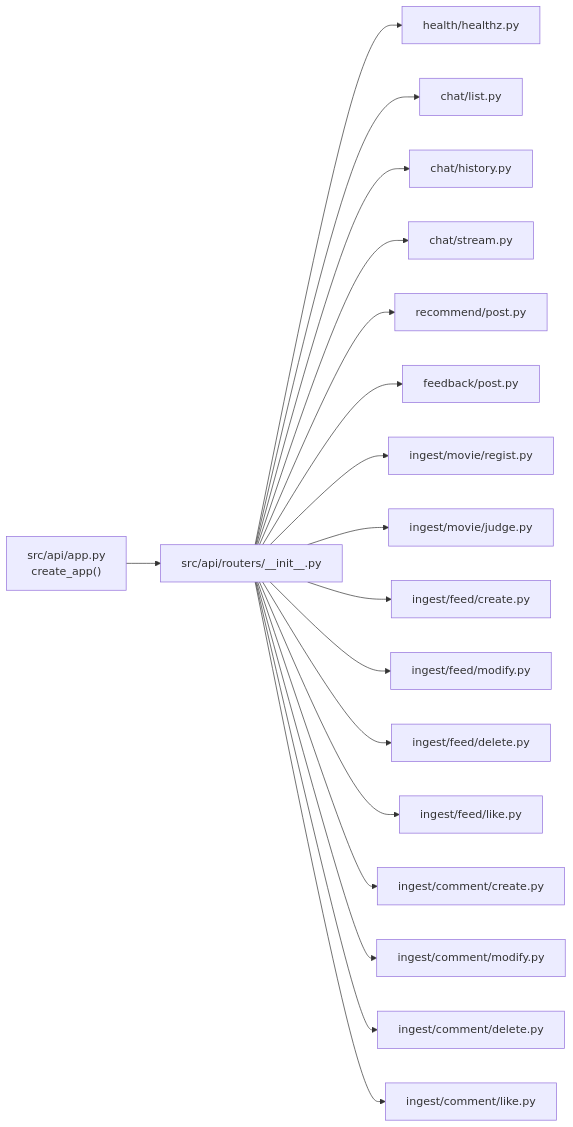
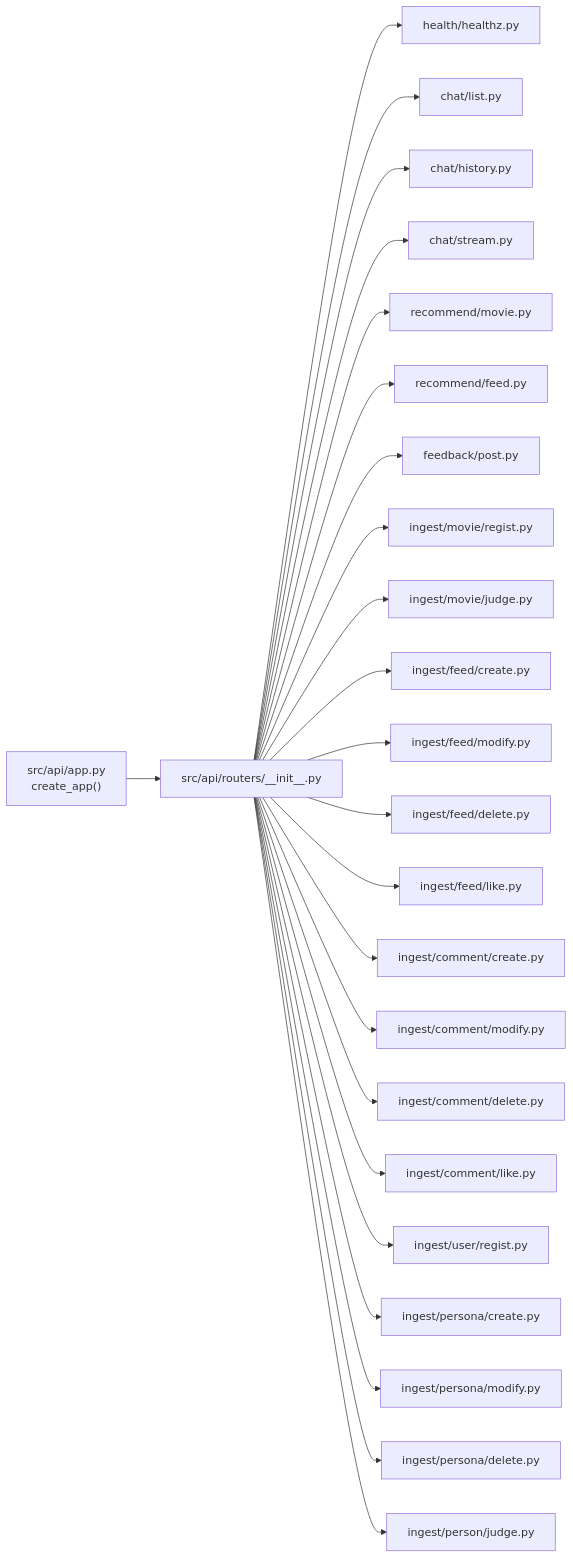
One commit to kakao4-KAKAMU/KAKAMU_DE changed the second of 5 diagrams in docs/api.md. Above: the diagram before and after it, drawn with Mermaid. The commit also changed other lines of this file and 14 other files, not shown here.

````diff
--- a/docs/api.md
+++ b/docs/api.md
@@ -72,24 +76,30 @@
 ```mermaid
 flowchart LR
     APP["src/api/app.py\ncreate_app()"]
     R["src/api/routers/__init__.py"]
 
     APP --> R
 
     R --> H["health/healthz.py"]
     R --> CL["chat/list.py"]
     R --> CH["chat/history.py"]
     R --> CS["chat/stream.py"]
-    R --> RC["recommend/post.py"]
+    R --> RM["recommend/movie.py"]
+    R --> RF["recommend/feed.py"]
     R --> FB["feedback/post.py"]
     R --> MR["ingest/movie/regist.py"]
     R --> MJ["ingest/movie/judge.py"]
     R --> FC["ingest/feed/create.py"]
     R --> FM["ingest/feed/modify.py"]
     R --> FD["ingest/feed/delete.py"]
     R --> FL["ingest/feed/like.py"]
     R --> CC["ingest/comment/create.py"]
-    R --> CM["ingest/comment/modify.py"]
+    R --> CMod["ingest/comment/modify.py"]
     R --> CD["ingest/comment/delete.py"]
     R --> CLk["ingest/comment/like.py"]
+    R --> UR["ingest/user/regist.py"]
+    R --> PC["ingest/persona/create.py"]
+    R --> PM["ingest/persona/modify.py"]
+    R --> PD["ingest/persona/delete.py"]
+    R --> PJ["ingest/person/judge.py"]
 ```
````
